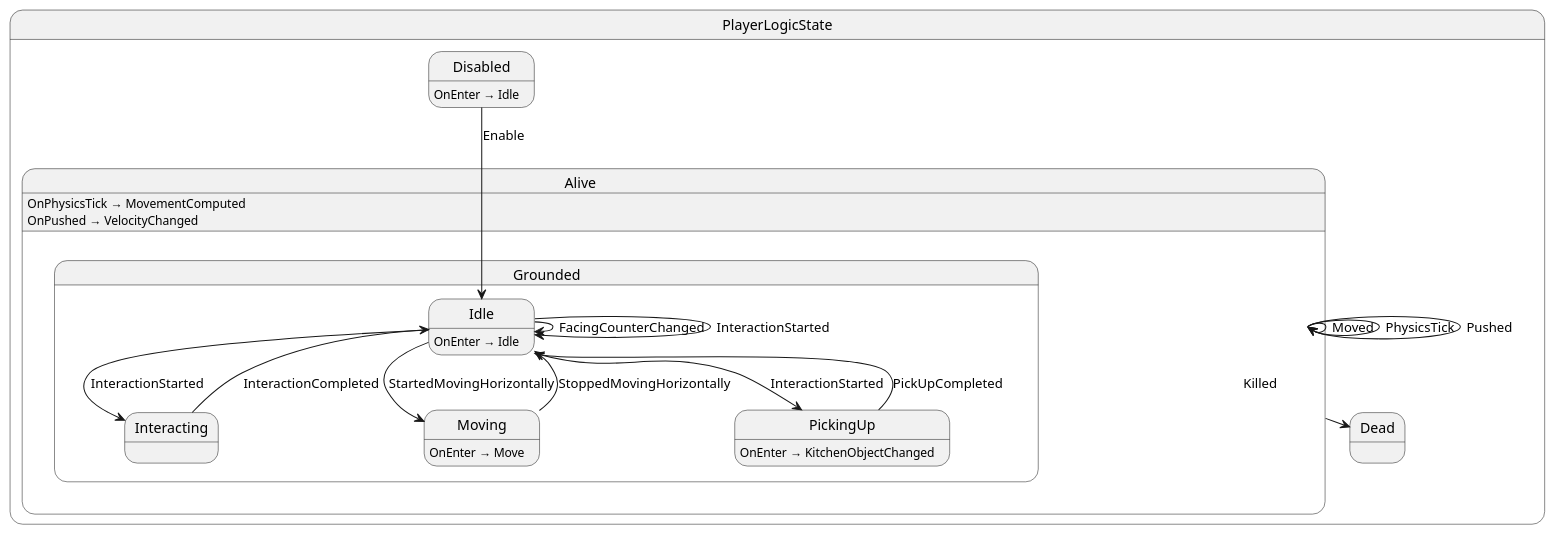
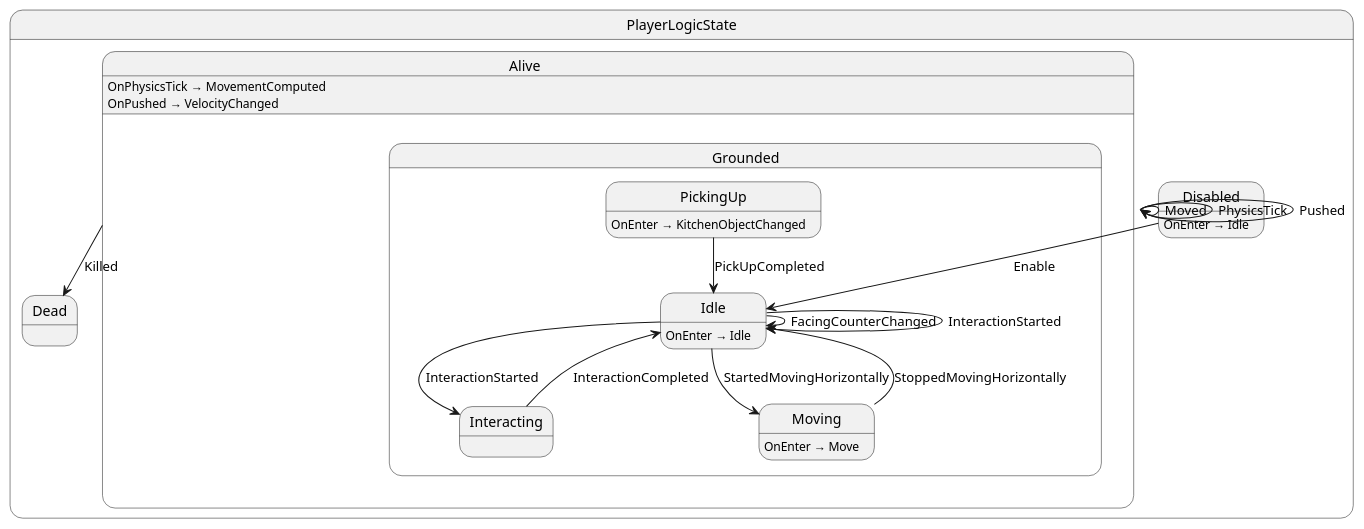
Before and after one commit to MaymeJetsoft/KitchenChaos: the diagram in src/player/state/PlayerLogicState.g.puml, drawn with PlantUML. The commit also changed 35 other files, not shown here.

```diff
--- a/src/player/state/PlayerLogicState.g.puml
+++ b/src/player/state/PlayerLogicState.g.puml
@@ -1,35 +1,34 @@
 @startuml PlayerLogicState
 state "PlayerLogicState" as KitchenChaos_PlayerLogicState {
   state "Alive" as KitchenChaos_PlayerLogicState_Alive {
     state "Grounded" as KitchenChaos_PlayerLogicState_Grounded {
       state "Idle" as KitchenChaos_PlayerLogicState_Idle
       state "Interacting" as KitchenChaos_PlayerLogicState_Interacting
       state "Moving" as KitchenChaos_PlayerLogicState_Moving
       state "PickingUp" as KitchenChaos_PlayerLogicState_PickingUp
     }
   }
   state "Dead" as KitchenChaos_PlayerLogicState_Dead
   state "Disabled" as KitchenChaos_PlayerLogicState_Disabled
 }
 
 KitchenChaos_PlayerLogicState_Alive --> KitchenChaos_PlayerLogicState_Alive : Moved
 KitchenChaos_PlayerLogicState_Alive --> KitchenChaos_PlayerLogicState_Alive : PhysicsTick
 KitchenChaos_PlayerLogicState_Alive --> KitchenChaos_PlayerLogicState_Alive : Pushed
 KitchenChaos_PlayerLogicState_Alive --> KitchenChaos_PlayerLogicState_Dead : Killed
 KitchenChaos_PlayerLogicState_Disabled --> KitchenChaos_PlayerLogicState_Idle : Enable
 KitchenChaos_PlayerLogicState_Idle --> KitchenChaos_PlayerLogicState_Idle : FacingCounterChanged
 KitchenChaos_PlayerLogicState_Idle --> KitchenChaos_PlayerLogicState_Idle : InteractionStarted
 KitchenChaos_PlayerLogicState_Idle --> KitchenChaos_PlayerLogicState_Interacting : InteractionStarted
 KitchenChaos_PlayerLogicState_Idle --> KitchenChaos_PlayerLogicState_Moving : StartedMovingHorizontally
-KitchenChaos_PlayerLogicState_Idle --> KitchenChaos_PlayerLogicState_PickingUp : InteractionStarted
 KitchenChaos_PlayerLogicState_Interacting --> KitchenChaos_PlayerLogicState_Idle : InteractionCompleted
 KitchenChaos_PlayerLogicState_Moving --> KitchenChaos_PlayerLogicState_Idle : StoppedMovingHorizontally
 KitchenChaos_PlayerLogicState_PickingUp --> KitchenChaos_PlayerLogicState_Idle : PickUpCompleted
 
 KitchenChaos_PlayerLogicState_Alive : OnPhysicsTick → MovementComputed
 KitchenChaos_PlayerLogicState_Alive : OnPushed → VelocityChanged
 KitchenChaos_PlayerLogicState_Disabled : OnEnter → Idle
 KitchenChaos_PlayerLogicState_Idle : OnEnter → Idle
 KitchenChaos_PlayerLogicState_Moving : OnEnter → Move
 KitchenChaos_PlayerLogicState_PickingUp : OnEnter → KitchenObjectChanged
 @enduml
```
